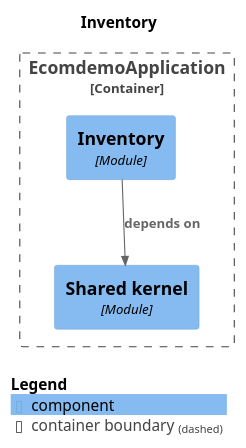
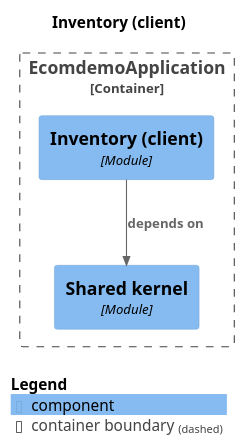
Before and after one commit to mr-sujay-patil/ecomdemo: the diagram in docs/modules/module-inventory.puml, drawn with PlantUML. The commit also changed 19 other files, not shown here.

```diff
--- a/docs/modules/module-inventory.puml
+++ b/docs/modules/module-inventory.puml
@@ -1,19 +1,19 @@
 @startuml
 set separator none
-title Inventory
+title Inventory (client)
 
 top to bottom direction
 
 !include <C4/C4>
 !include <C4/C4_Context>
 !include <C4/C4_Component>
 
 Container_Boundary("EcomdemoApplication.EcomdemoApplication_boundary", "EcomdemoApplication", $tags="") {
   Component(EcomdemoApplication.EcomdemoApplication.Sharedkernel, "Shared kernel", $techn="Module", $descr="", $tags="", $link="")
-  Component(EcomdemoApplication.EcomdemoApplication.Inventory, "Inventory", $techn="Module", $descr="", $tags="", $link="")
+  Component(EcomdemoApplication.EcomdemoApplication.Inventoryclient, "Inventory (client)", $techn="Module", $descr="", $tags="", $link="")
 }
 
-Rel(EcomdemoApplication.EcomdemoApplication.Inventory, EcomdemoApplication.EcomdemoApplication.Sharedkernel, "depends on", $techn="", $tags="", $link="")
+Rel(EcomdemoApplication.EcomdemoApplication.Inventoryclient, EcomdemoApplication.EcomdemoApplication.Sharedkernel, "depends on", $techn="", $tags="", $link="")
 
 SHOW_LEGEND(true)
 @enduml
```
